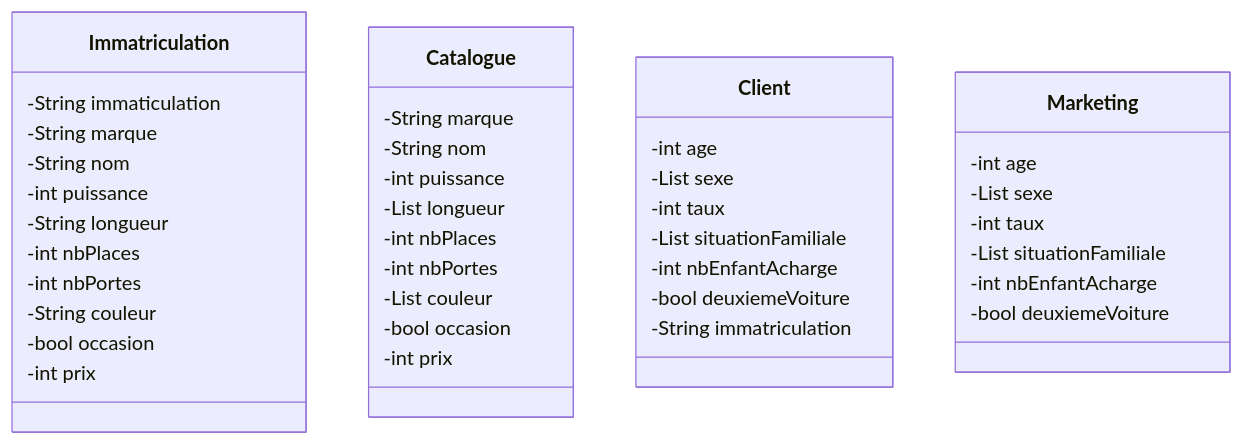
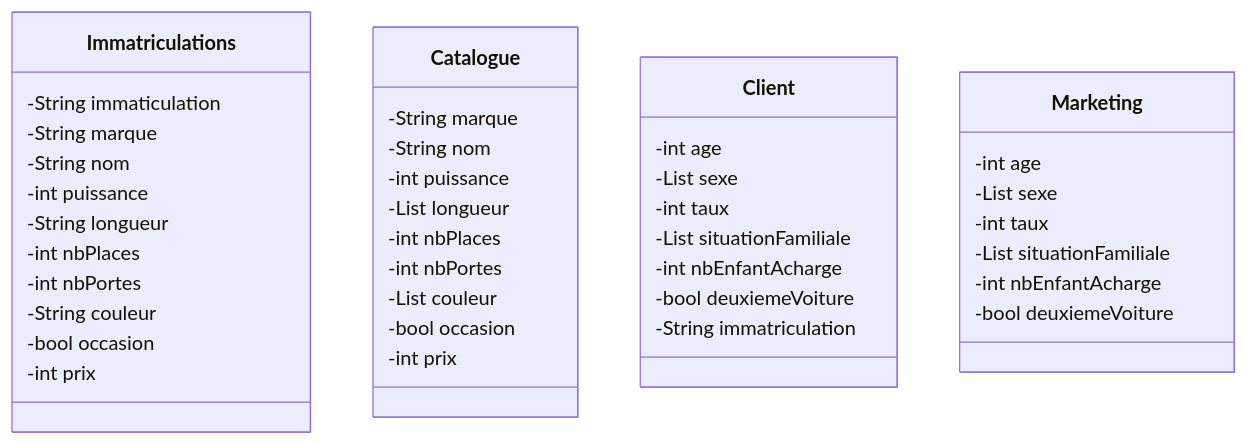
Before and after one commit to Thodler/docker-hadoop-spark: the diagram in Writerside/topics/Architecture-du-datalake.md, drawn with Mermaid. The commit also changed 11 other files, not shown here.

````diff
--- a/Writerside/topics/Architecture-du-datalake.md
+++ b/Writerside/topics/Architecture-du-datalake.md
@@ -9,48 +9,48 @@
 ```mermaid
 classDiagram  
-    class Immatriculation{
+    class Immatriculations{
         -String immaticulation
         -String marque
         -String nom
         -int puissance
         -String longueur
         -int nbPlaces
         -int nbPortes
         -String couleur
         -bool occasion
         -int prix
     }
     
     class Catalogue{
         -String marque
         -String nom
         -int puissance
         -List longueur
         -int nbPlaces
         -int nbPortes
         -List couleur
         -bool occasion
         -int prix
     }
     
     class Client{
         -int age
         -List sexe
         -int taux
         -List situationFamiliale
         -int nbEnfantAcharge
         -bool deuxiemeVoiture
         -String immatriculation
     }
     
     class Marketing{
         -int age
         -List sexe
         -int taux
         -List situationFamiliale
         -int nbEnfantAcharge
         -bool deuxiemeVoiture
     }
     
     
 ```
````
